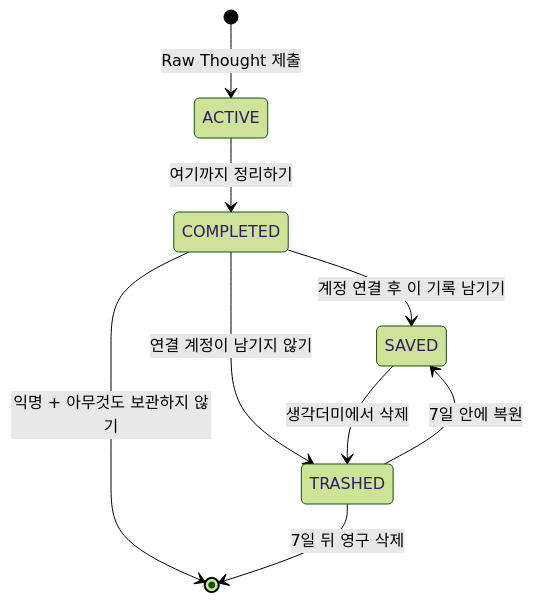
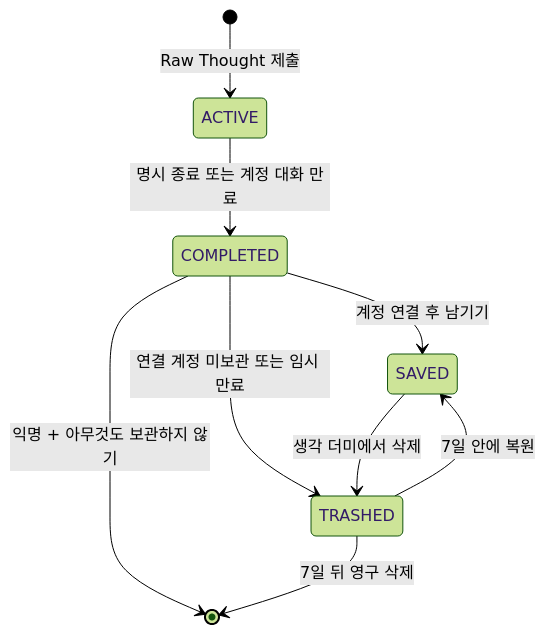
One commit to rudin0806/Nook changed the third of 4 diagrams in docs/ERD.md. Above: the diagram before and after it, drawn with Mermaid (forest theme). The commit also changed other lines of this file and 43 other files, not shown here.

````diff
--- a/docs/ERD.md
+++ b/docs/ERD.md
@@ -246,11 +246,11 @@
 ```mermaid
 stateDiagram-v2
     [*] --> ACTIVE: Raw Thought 제출
-    ACTIVE --> COMPLETED: 여기까지 정리하기
-    COMPLETED --> SAVED: 계정 연결 후 이 기록 남기기
-    COMPLETED --> TRASHED: 연결 계정이 남기지 않기
+    ACTIVE --> COMPLETED: 명시 종료 또는 계정 대화 만료
+    COMPLETED --> SAVED: 계정 연결 후 남기기
+    COMPLETED --> TRASHED: 연결 계정 미보관 또는 임시 만료
     COMPLETED --> [*]: 익명 + 아무것도 보관하지 않기
-    SAVED --> TRASHED: 생각더미에서 삭제
+    SAVED --> TRASHED: 생각 더미에서 삭제
     TRASHED --> SAVED: 7일 안에 복원
     TRASHED --> [*]: 7일 뒤 영구 삭제
 ```
````
